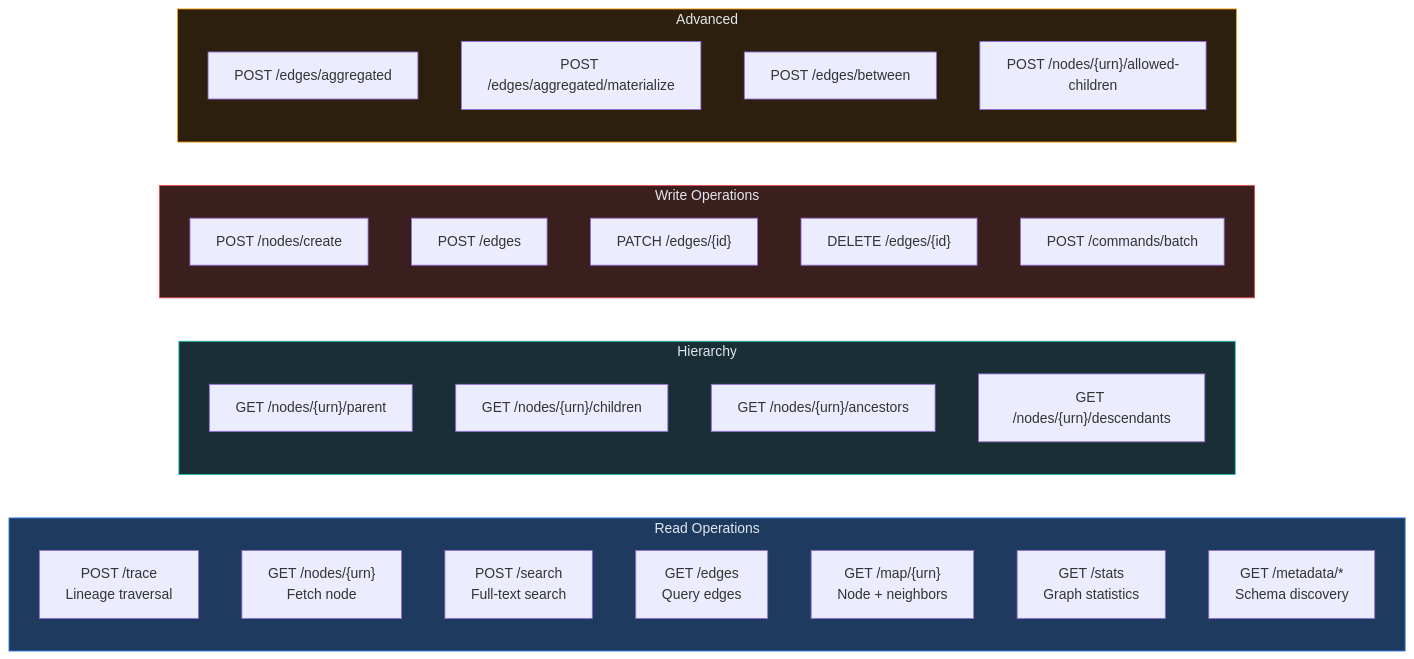
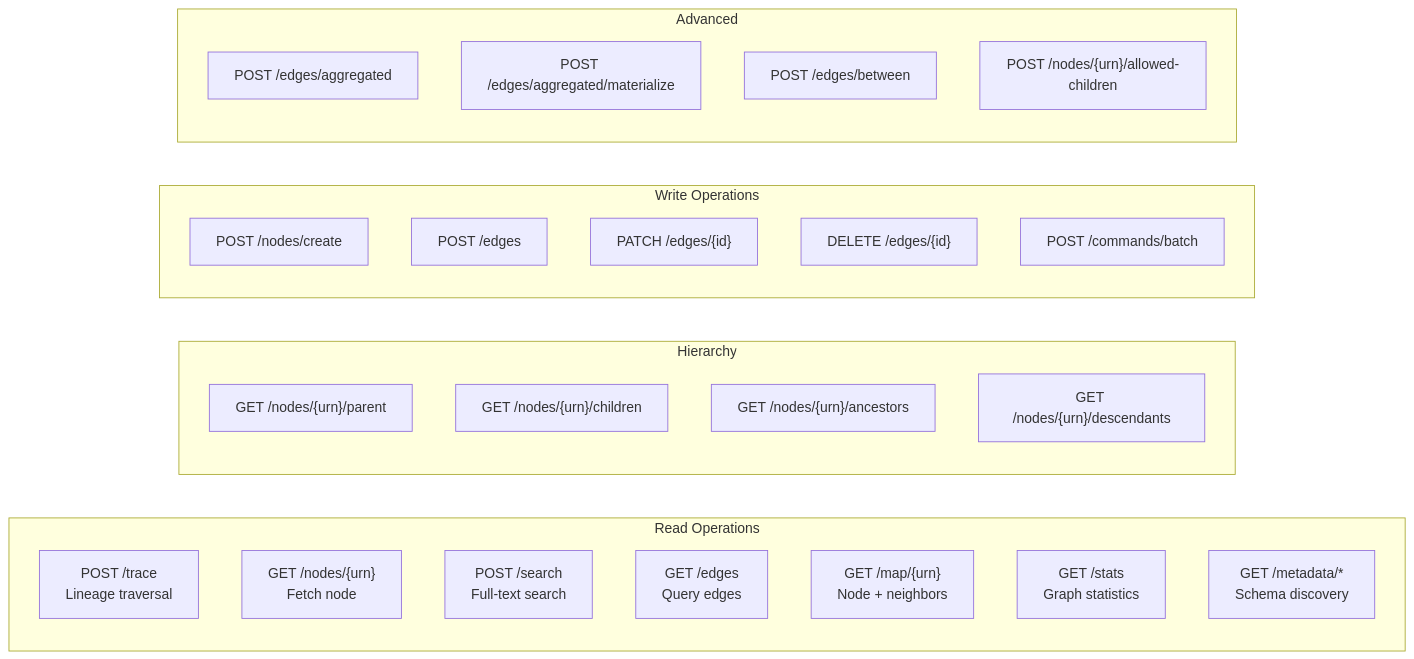
Before and after one commit to rkrumins/dataviz: the second of 8 diagrams in docs/BACKEND.md, drawn with Mermaid. The commit also changed other lines of this file and 46 other files, not shown here.

````diff
--- a/docs/BACKEND.md
+++ b/docs/BACKEND.md
@@ -124,39 +124,35 @@
 ```mermaid
 graph LR
     subgraph Queries["Read Operations"]
         Trace["POST /trace<br/>Lineage traversal"]
         Nodes["GET /nodes/{urn}<br/>Fetch node"]
         Search["POST /search<br/>Full-text search"]
         Edges["GET /edges<br/>Query edges"]
         Map["GET /map/{urn}<br/>Node + neighbors"]
         Stats["GET /stats<br/>Graph statistics"]
         Meta["GET /metadata/*<br/>Schema discovery"]
     end
 
     subgraph Hierarchy["Hierarchy"]
         Parent["GET /nodes/{urn}/parent"]
         Children["GET /nodes/{urn}/children"]
         Ancestors["GET /nodes/{urn}/ancestors"]
         Descendants["GET /nodes/{urn}/descendants"]
     end
 
     subgraph Mutations["Write Operations"]
         CreateNode["POST /nodes/create"]
         CreateEdge["POST /edges"]
         UpdateEdge["PATCH /edges/{id}"]
         DeleteEdge["DELETE /edges/{id}"]
         Batch["POST /commands/batch"]
     end
 
     subgraph Advanced["Advanced"]
         AggEdges["POST /edges/aggregated"]
         Materialize["POST /edges/aggregated/materialize"]
         Between["POST /edges/between"]
         Allowed["POST /nodes/{urn}/allowed-children"]
     end
 
-    style Queries fill:#1e3a5f,stroke:#3b82f6,color:#e2e8f0
-    style Hierarchy fill:#1a2e35,stroke:#14b8a6,color:#e2e8f0
-    style Mutations fill:#3b1f1f,stroke:#ef4444,color:#e2e8f0
-    style Advanced fill:#2d1f0e,stroke:#f59e0b,color:#e2e8f0
 ```
````
